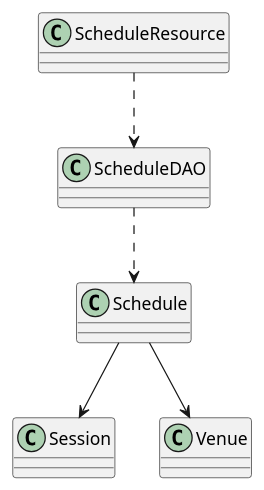
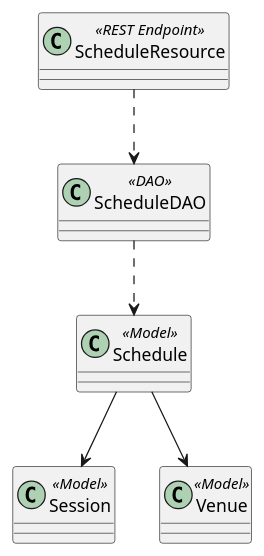
Before and after one commit to eclipse/microprofile-conference: the diagram in docs/src/main/plantuml/schedule.puml, drawn with PlantUML. The commit also changed 1 other file, not shown here.

Commit message:
Updating Schedule documentation

```diff
--- a/docs/src/main/plantuml/schedule.puml
+++ b/docs/src/main/plantuml/schedule.puml
@@ -1,15 +1,15 @@
 @startuml
 
-class Schedule
-class Session
-class Venue
+class Schedule << Model >>
+class Session << Model >>
+class Venue << Model >>
 
-class ScheduleDAO
-class ScheduleResource
+class ScheduleDAO << DAO >>
+class ScheduleResource << REST Endpoint >>
 
 ScheduleResource ..> ScheduleDAO
 ScheduleDAO ..> Schedule
 Schedule --> Session
 Schedule --> Venue
 
 @enduml
```
